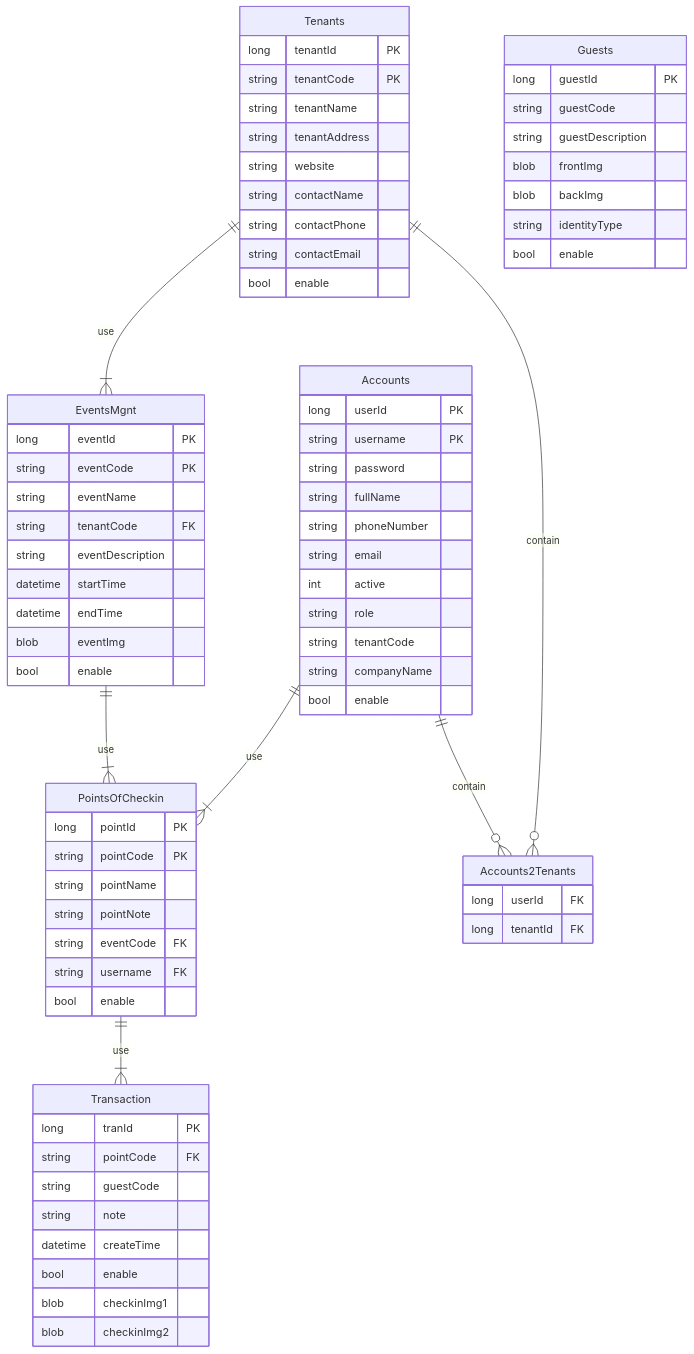
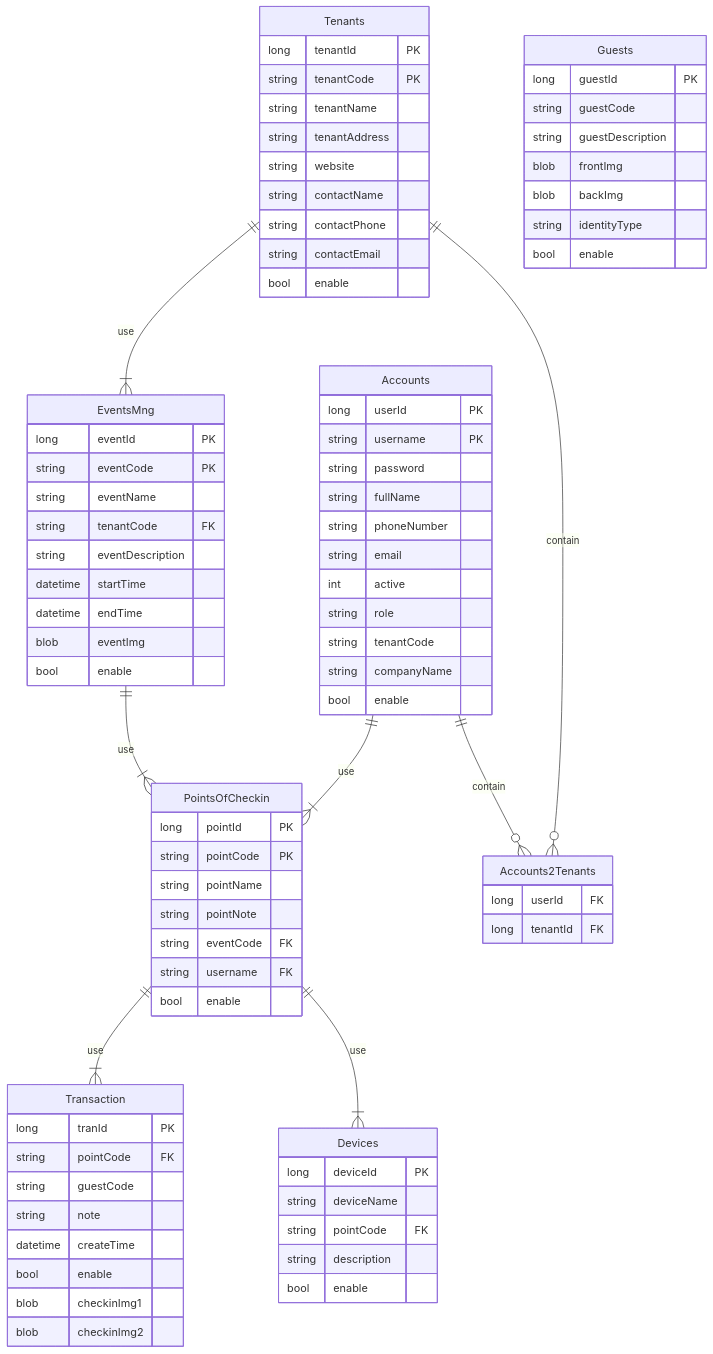
Before and after one commit to lehahung2k/checkin-system-server: the diagram in DatabaseDesign.md, drawn with Mermaid. The commit also changed 12 other files, not shown here.

````diff
--- a/DatabaseDesign.md
+++ b/DatabaseDesign.md
@@ -5,9 +5,10 @@
 ```mermaid
 erDiagram
-    Tenants ||--|{ EventsMgnt : use
-    EventsMgnt ||--|{ PointsOfCheckin : use
+    Tenants ||--|{ EventsMng : use
+    EventsMng ||--|{ PointsOfCheckin : use
     Accounts ||--|{ PointsOfCheckin : use
     PointsOfCheckin ||--|{ Transaction : use
+    PointsOfCheckin ||--|{ Devices : use
     Guests
     Accounts ||--o{ Accounts2Tenants : contain
     Tenants ||--o{ Accounts2Tenants : contain
@@ -43,7 +44,7 @@
         long tenantId FK
     }
 
-    EventsMgnt {
+    EventsMng {
         long eventId PK
         string eventCode PK
         string eventName
@@ -86,4 +87,11 @@
         blob checkinImg2
     }
 
+    Devices {
+        long deviceId PK
+        string deviceName
+        string pointCode FK
+        string description
+        bool enable
+    }
 ```
````
